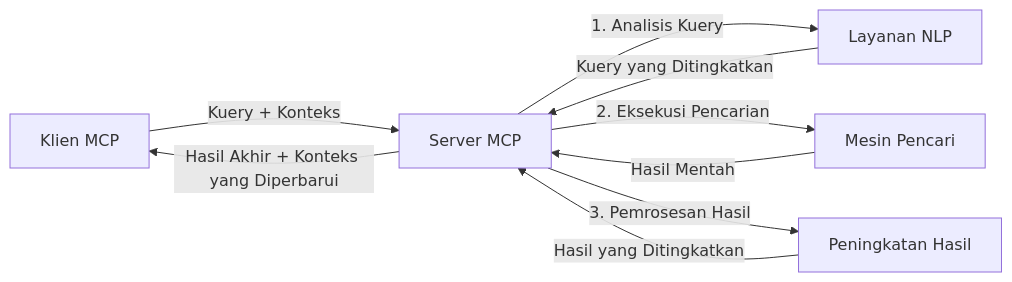
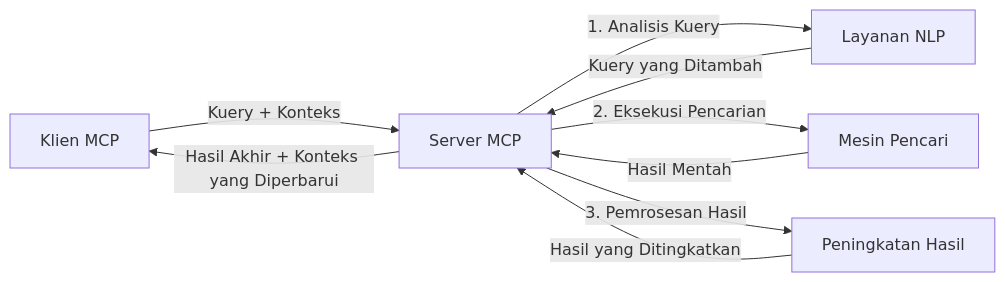
Before and after one commit to microsoft/mcp-for-beginners: the fourth of 4 diagrams in translations/id/05-AdvancedTopics/mcp-realtimesearch/README.md, drawn with Mermaid. The commit also changed other lines of this file and 152 other files, not shown here.

````diff
--- a/translations/id/05-AdvancedTopics/mcp-realtimesearch/README.md
+++ b/translations/id/05-AdvancedTopics/mcp-realtimesearch/README.md
@@ -626,11 +628,11 @@
 ```mermaid
 graph LR
     Client[Klien MCP] --> |Kuery + Konteks| Server[Server MCP]
     Server --> |1. Analisis Kuery| NLP[Layanan NLP]
-    NLP --> |Kuery yang Ditingkatkan| Server
+    NLP --> |Kuery yang Ditambah| Server
     Server --> |2. Eksekusi Pencarian| Search[Mesin Pencari]
     Search --> |Hasil Mentah| Server
     Server --> |3. Pemrosesan Hasil| Enhancement[Peningkatan Hasil]
     Enhancement --> |Hasil yang Ditingkatkan| Server
     Server --> |Hasil Akhir + Konteks yang Diperbarui| Client
 ```
````
